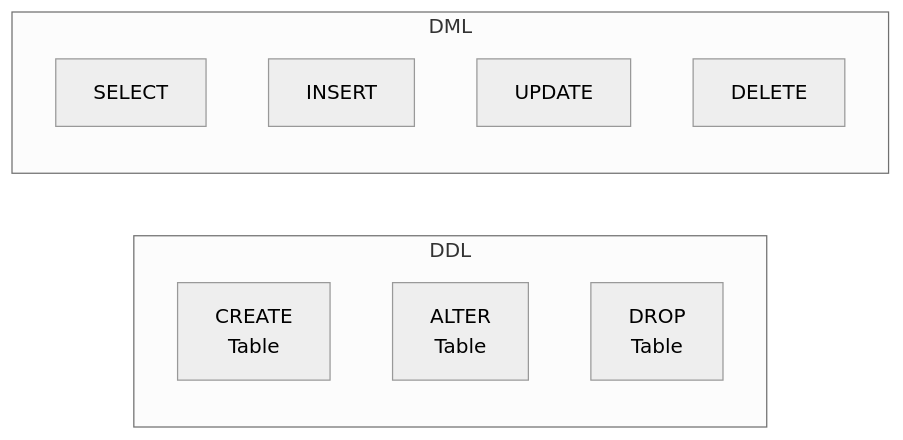
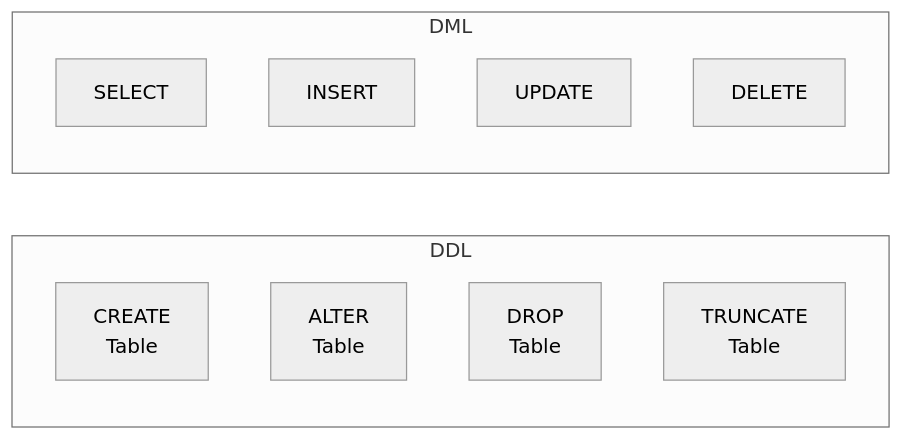
One commit to civilian7/sql-tutorial changed the first of 2 diagrams in docs/ko/intermediate/15-ddl.md. Above: the diagram before and after it, drawn with Mermaid (neutral theme). The commit also changed other lines of this file and 73 other files, not shown here.

First line of the commit message:
v2.2: 25 lessons, 242 exercises, new chapters + SVG diagrams

````diff
--- a/docs/ko/intermediate/15-ddl.md
+++ b/docs/ko/intermediate/15-ddl.md
@@ -5,14 +5,15 @@
 ```mermaid
 flowchart LR
     subgraph "DDL"
         C["CREATE\nTable"]
         A["ALTER\nTable"]
         D["DROP\nTable"]
+        T["TRUNCATE\nTable"]
     end
     subgraph "DML"
         S["SELECT"]
         I["INSERT"]
         U["UPDATE"]
         DE["DELETE"]
     end
 ```
````
